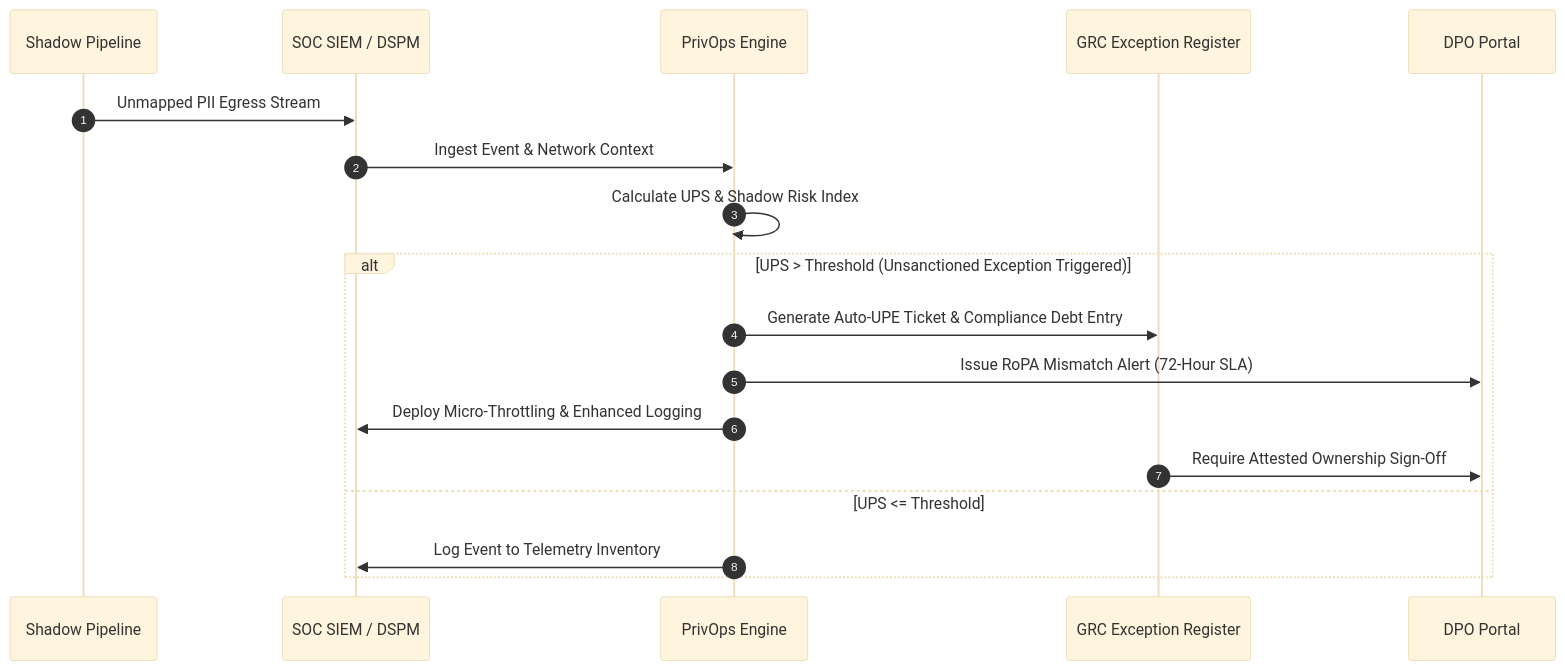
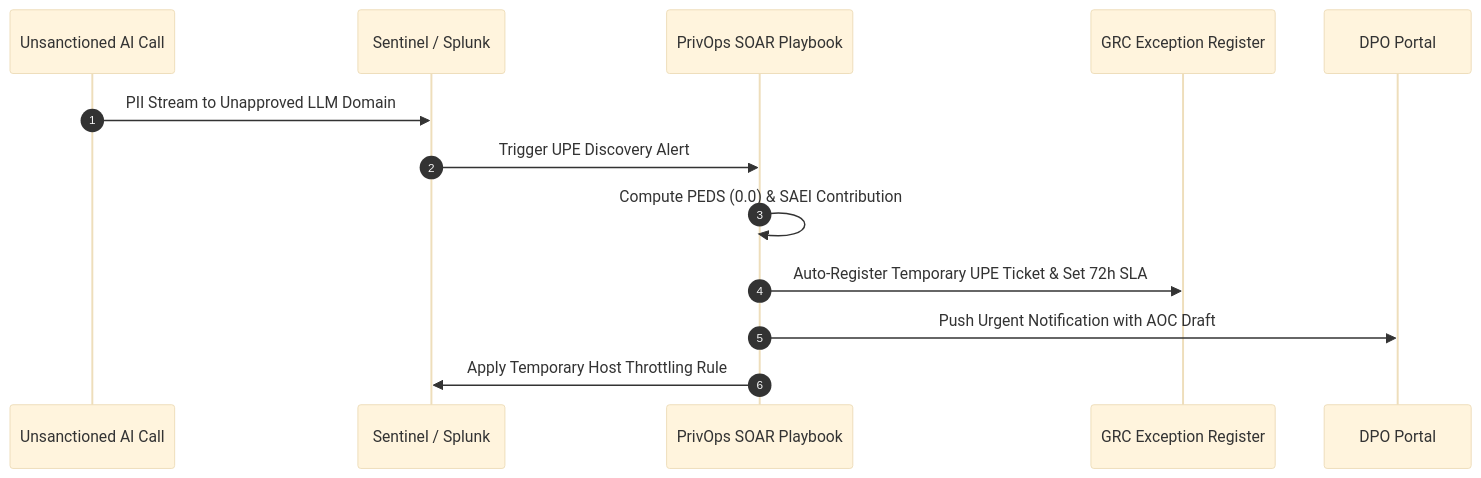
The fifth of 6 diagrams in On 27-09-2026 THE PRIVACY GOVERNANCE TRIAD AND THE UNSANCTIONED PROCESSING EXCEPTION.md (hiro001-eth/What-I-Learned-Today-on-SOC-GRC-), drawn with Mermaid (base theme) before and after one commit. The commit also changed other lines of this file and 1 other file, not shown here.

Commit message:
docs: rebuild Paper 12 with full role-theoretic framework, ODS/PEDS, 4 UPE classes, query pack & AOC

````diff
--- a/On 27-09-2026 THE PRIVACY GOVERNANCE TRIAD AND THE UNSANCTIONED PROCESSING EXCEPTION.md
+++ b/On 27-09-2026 THE PRIVACY GOVERNANCE TRIAD AND THE UNSANCTIONED PROCESSING EXCEPTION.md
@@ -200,21 +526,16 @@
 ```mermaid
 sequenceDiagram
     autonumber
-    participant App as Shadow Pipeline
-    participant SIEM as SOC SIEM / DSPM
-    participant Engine as PrivOps Engine
+    participant Egress as Unsanctioned AI Call
+    participant SIEM as Sentinel / Splunk
+    participant SOAR as PrivOps SOAR Playbook
     participant GRC as GRC Exception Register
     participant DPO as DPO Portal
 
-    App->>SIEM: Unmapped PII Egress Stream
-    SIEM->>Engine: Ingest Event & Network Context
-    Engine->>Engine: Calculate UPS & Shadow Risk Index
-    alt UPS > Threshold (Unsanctioned Exception Triggered)
-        Engine->>GRC: Generate Auto-UPE Ticket & Compliance Debt Entry
-        Engine->>DPO: Issue RoPA Mismatch Alert (72-Hour SLA)
-        Engine->>SIEM: Deploy Micro-Throttling & Enhanced Logging
-        GRC->>DPO: Require Attested Ownership Sign-Off
-    else UPS <= Threshold
-        Engine->>SIEM: Log Event to Telemetry Inventory
-    end
+    Egress->>SIEM: PII Stream to Unapproved LLM Domain
+    SIEM->>SOAR: Trigger UPE Discovery Alert
+    SOAR->>SOAR: Compute PEDS (0.0) & SAEI Contribution
+    SOAR->>GRC: Auto-Register Temporary UPE Ticket & Set 72h SLA
+    SOAR->>DPO: Push Urgent Notification with AOC Draft
+    SOAR->>SIEM: Apply Temporary Host Throttling Rule
 ```
````
